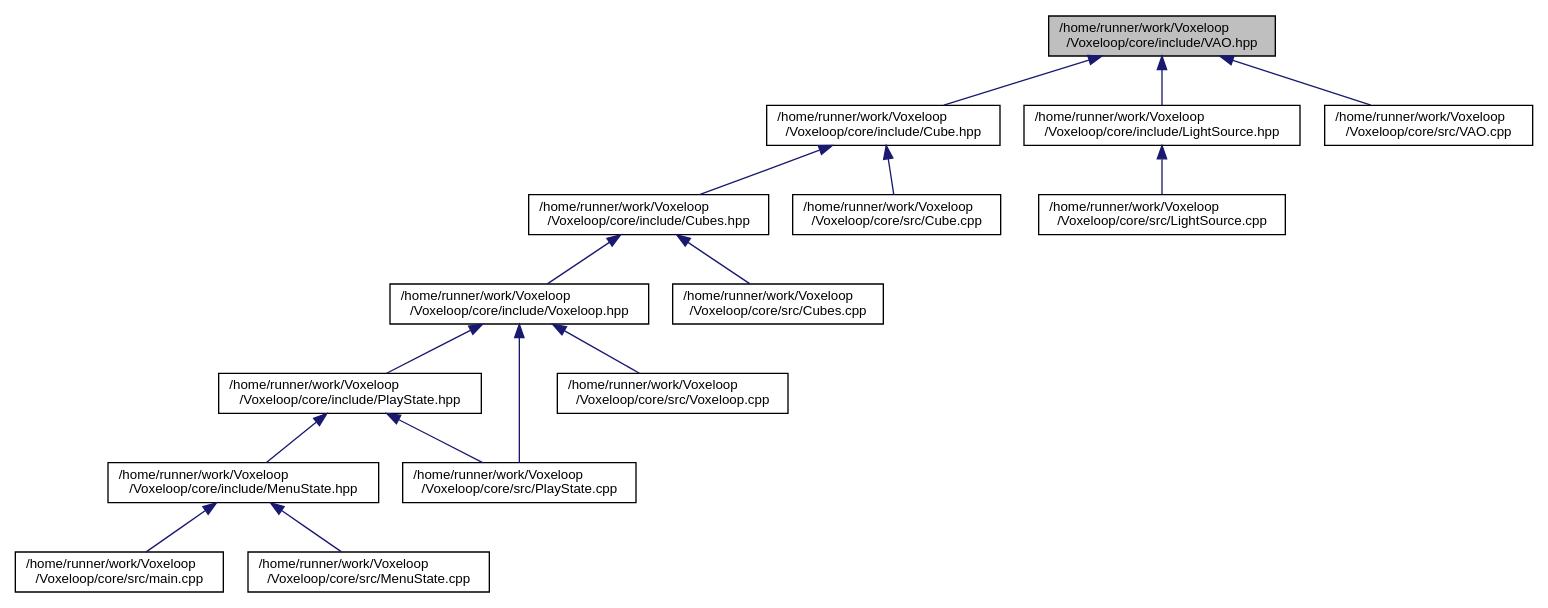
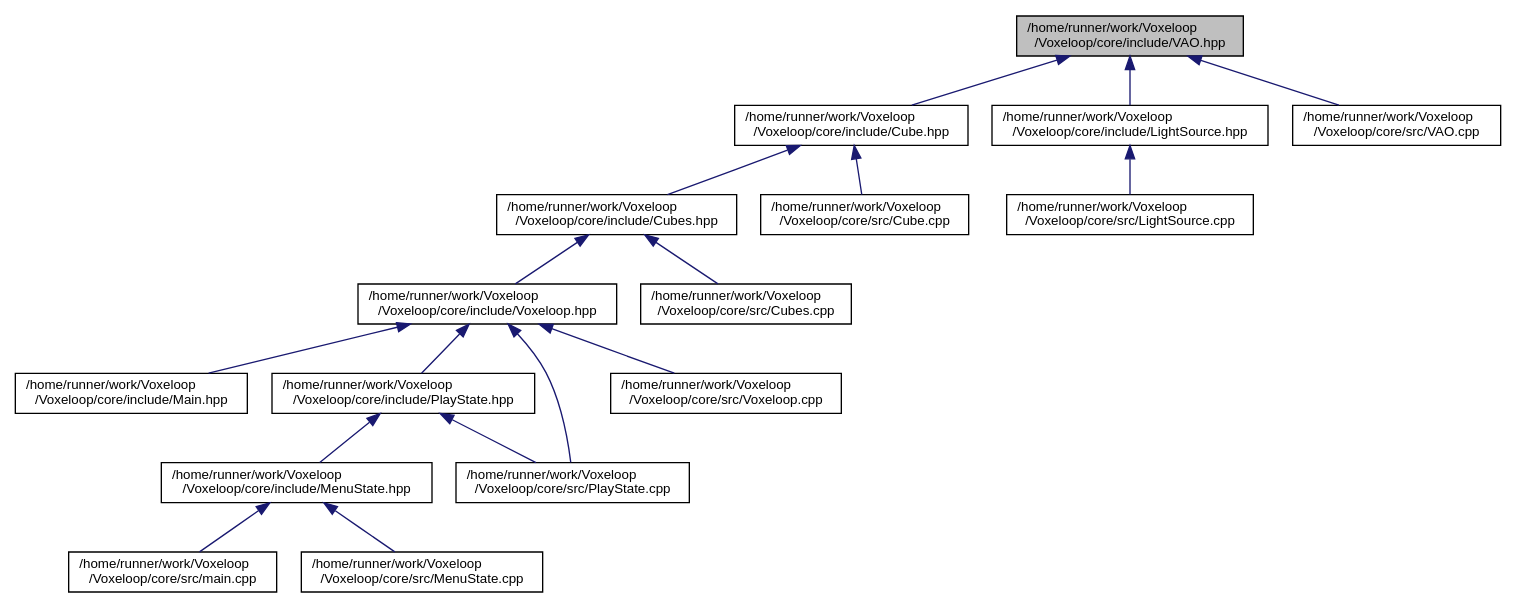
The diagram in docs/VAO_8hpp__dep__incl.dot (jarp0l/Voxeloop), drawn with Graphviz before and after one commit. The commit also changed 133 other files, not shown here.

```diff
--- a/docs/VAO_8hpp__dep__incl.dot
+++ b/docs/VAO_8hpp__dep__incl.dot
@@ -1,37 +1,39 @@
 digraph "/home/runner/work/Voxeloop/Voxeloop/core/include/VAO.hpp"
 {
  // INTERACTIVE_SVG=YES
  // LATEX_PDF_SIZE
   edge [fontname="Helvetica",fontsize="10",labelfontname="Helvetica",labelfontsize="10"];
   node [fontname="Helvetica",fontsize="10",shape=record];
   Node1 [label="/home/runner/work/Voxeloop\l/Voxeloop/core/include/VAO.hpp",height=0.2,width=0.4,color="black", fillcolor="grey75", style="filled", fontcolor="black",tooltip=" "];
   Node1 -> Node2 [dir="back",color="midnightblue",fontsize="10",style="solid",fontname="Helvetica"];
   Node2 [label="/home/runner/work/Voxeloop\l/Voxeloop/core/include/Cube.hpp",height=0.2,width=0.4,color="black", fillcolor="white", style="filled",URL="$Cube_8hpp.html",tooltip=" "];
   Node2 -> Node3 [dir="back",color="midnightblue",fontsize="10",style="solid",fontname="Helvetica"];
   Node3 [label="/home/runner/work/Voxeloop\l/Voxeloop/core/include/Cubes.hpp",height=0.2,width=0.4,color="black", fillcolor="white", style="filled",URL="$Cubes_8hpp.html",tooltip=" "];
   Node3 -> Node4 [dir="back",color="midnightblue",fontsize="10",style="solid",fontname="Helvetica"];
   Node4 [label="/home/runner/work/Voxeloop\l/Voxeloop/core/include/Voxeloop.hpp",height=0.2,width=0.4,color="black", fillcolor="white", style="filled",URL="$Voxeloop_8hpp.html",tooltip=" "];
   Node4 -> Node5 [dir="back",color="midnightblue",fontsize="10",style="solid",fontname="Helvetica"];
-  Node5 [label="/home/runner/work/Voxeloop\l/Voxeloop/core/include/PlayState.hpp",height=0.2,width=0.4,color="black", fillcolor="white", style="filled",URL="$PlayState_8hpp.html",tooltip=" "];
-  Node5 -> Node6 [dir="back",color="midnightblue",fontsize="10",style="solid",fontname="Helvetica"];
-  Node6 [label="/home/runner/work/Voxeloop\l/Voxeloop/core/include/MenuState.hpp",height=0.2,width=0.4,color="black", fillcolor="white", style="filled",URL="$MenuState_8hpp.html",tooltip=" "];
+  Node5 [label="/home/runner/work/Voxeloop\l/Voxeloop/core/include/Main.hpp",height=0.2,width=0.4,color="black", fillcolor="white", style="filled",URL="$Main_8hpp.html",tooltip=" "];
+  Node4 -> Node6 [dir="back",color="midnightblue",fontsize="10",style="solid",fontname="Helvetica"];
+  Node6 [label="/home/runner/work/Voxeloop\l/Voxeloop/core/include/PlayState.hpp",height=0.2,width=0.4,color="black", fillcolor="white", style="filled",URL="$PlayState_8hpp.html",tooltip=" "];
   Node6 -> Node7 [dir="back",color="midnightblue",fontsize="10",style="solid",fontname="Helvetica"];
-  Node7 [label="/home/runner/work/Voxeloop\l/Voxeloop/core/src/main.cpp",height=0.2,width=0.4,color="black", fillcolor="white", style="filled",URL="$main_8cpp.html",tooltip=" "];
-  Node6 -> Node8 [dir="back",color="midnightblue",fontsize="10",style="solid",fontname="Helvetica"];
-  Node8 [label="/home/runner/work/Voxeloop\l/Voxeloop/core/src/MenuState.cpp",height=0.2,width=0.4,color="black", fillcolor="white", style="filled",URL="$MenuState_8cpp.html",tooltip=" "];
-  Node5 -> Node9 [dir="back",color="midnightblue",fontsize="10",style="solid",fontname="Helvetica"];
-  Node9 [label="/home/runner/work/Voxeloop\l/Voxeloop/core/src/PlayState.cpp",height=0.2,width=0.4,color="black", fillcolor="white", style="filled",URL="$PlayState_8cpp.html",tooltip=" "];
-  Node4 -> Node9 [dir="back",color="midnightblue",fontsize="10",style="solid",fontname="Helvetica"];
+  Node7 [label="/home/runner/work/Voxeloop\l/Voxeloop/core/include/MenuState.hpp",height=0.2,width=0.4,color="black", fillcolor="white", style="filled",URL="$MenuState_8hpp.html",tooltip=" "];
+  Node7 -> Node8 [dir="back",color="midnightblue",fontsize="10",style="solid",fontname="Helvetica"];
+  Node8 [label="/home/runner/work/Voxeloop\l/Voxeloop/core/src/main.cpp",height=0.2,width=0.4,color="black", fillcolor="white", style="filled",URL="$main_8cpp.html",tooltip=" "];
+  Node7 -> Node9 [dir="back",color="midnightblue",fontsize="10",style="solid",fontname="Helvetica"];
+  Node9 [label="/home/runner/work/Voxeloop\l/Voxeloop/core/src/MenuState.cpp",height=0.2,width=0.4,color="black", fillcolor="white", style="filled",URL="$MenuState_8cpp.html",tooltip=" "];
+  Node6 -> Node10 [dir="back",color="midnightblue",fontsize="10",style="solid",fontname="Helvetica"];
+  Node10 [label="/home/runner/work/Voxeloop\l/Voxeloop/core/src/PlayState.cpp",height=0.2,width=0.4,color="black", fillcolor="white", style="filled",URL="$PlayState_8cpp.html",tooltip=" "];
   Node4 -> Node10 [dir="back",color="midnightblue",fontsize="10",style="solid",fontname="Helvetica"];
-  Node10 [label="/home/runner/work/Voxeloop\l/Voxeloop/core/src/Voxeloop.cpp",height=0.2,width=0.4,color="black", fillcolor="white", style="filled",URL="$Voxeloop_8cpp.html",tooltip=" "];
-  Node3 -> Node11 [dir="back",color="midnightblue",fontsize="10",style="solid",fontname="Helvetica"];
-  Node11 [label="/home/runner/work/Voxeloop\l/Voxeloop/core/src/Cubes.cpp",height=0.2,width=0.4,color="black", fillcolor="white", style="filled",URL="$Cubes_8cpp.html",tooltip=" "];
-  Node2 -> Node12 [dir="back",color="midnightblue",fontsize="10",style="solid",fontname="Helvetica"];
-  Node12 [label="/home/runner/work/Voxeloop\l/Voxeloop/core/src/Cube.cpp",height=0.2,width=0.4,color="black", fillcolor="white", style="filled",URL="$Cube_8cpp.html",tooltip=" "];
-  Node1 -> Node13 [dir="back",color="midnightblue",fontsize="10",style="solid",fontname="Helvetica"];
-  Node13 [label="/home/runner/work/Voxeloop\l/Voxeloop/core/include/LightSource.hpp",height=0.2,width=0.4,color="black", fillcolor="white", style="filled",URL="$LightSource_8hpp.html",tooltip=" "];
-  Node13 -> Node14 [dir="back",color="midnightblue",fontsize="10",style="solid",fontname="Helvetica"];
-  Node14 [label="/home/runner/work/Voxeloop\l/Voxeloop/core/src/LightSource.cpp",height=0.2,width=0.4,color="black", fillcolor="white", style="filled",URL="$LightSource_8cpp.html",tooltip=" "];
-  Node1 -> Node15 [dir="back",color="midnightblue",fontsize="10",style="solid",fontname="Helvetica"];
-  Node15 [label="/home/runner/work/Voxeloop\l/Voxeloop/core/src/VAO.cpp",height=0.2,width=0.4,color="black", fillcolor="white", style="filled",URL="$VAO_8cpp.html",tooltip=" "];
+  Node4 -> Node11 [dir="back",color="midnightblue",fontsize="10",style="solid",fontname="Helvetica"];
+  Node11 [label="/home/runner/work/Voxeloop\l/Voxeloop/core/src/Voxeloop.cpp",height=0.2,width=0.4,color="black", fillcolor="white", style="filled",URL="$Voxeloop_8cpp.html",tooltip=" "];
+  Node3 -> Node12 [dir="back",color="midnightblue",fontsize="10",style="solid",fontname="Helvetica"];
+  Node12 [label="/home/runner/work/Voxeloop\l/Voxeloop/core/src/Cubes.cpp",height=0.2,width=0.4,color="black", fillcolor="white", style="filled",URL="$Cubes_8cpp.html",tooltip=" "];
+  Node2 -> Node13 [dir="back",color="midnightblue",fontsize="10",style="solid",fontname="Helvetica"];
+  Node13 [label="/home/runner/work/Voxeloop\l/Voxeloop/core/src/Cube.cpp",height=0.2,width=0.4,color="black", fillcolor="white", style="filled",URL="$Cube_8cpp.html",tooltip=" "];
+  Node1 -> Node14 [dir="back",color="midnightblue",fontsize="10",style="solid",fontname="Helvetica"];
+  Node14 [label="/home/runner/work/Voxeloop\l/Voxeloop/core/include/LightSource.hpp",height=0.2,width=0.4,color="black", fillcolor="white", style="filled",URL="$LightSource_8hpp.html",tooltip=" "];
+  Node14 -> Node15 [dir="back",color="midnightblue",fontsize="10",style="solid",fontname="Helvetica"];
+  Node15 [label="/home/runner/work/Voxeloop\l/Voxeloop/core/src/LightSource.cpp",height=0.2,width=0.4,color="black", fillcolor="white", style="filled",URL="$LightSource_8cpp.html",tooltip=" "];
+  Node1 -> Node16 [dir="back",color="midnightblue",fontsize="10",style="solid",fontname="Helvetica"];
+  Node16 [label="/home/runner/work/Voxeloop\l/Voxeloop/core/src/VAO.cpp",height=0.2,width=0.4,color="black", fillcolor="white", style="filled",URL="$VAO_8cpp.html",tooltip=" "];
 }
```
